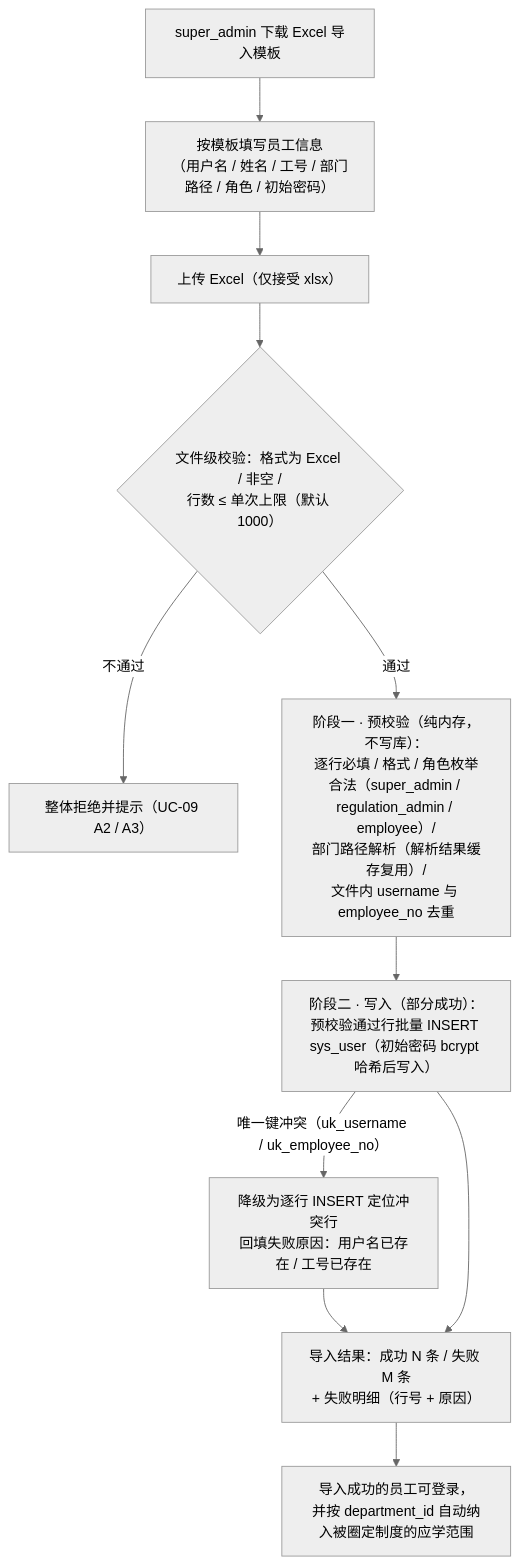
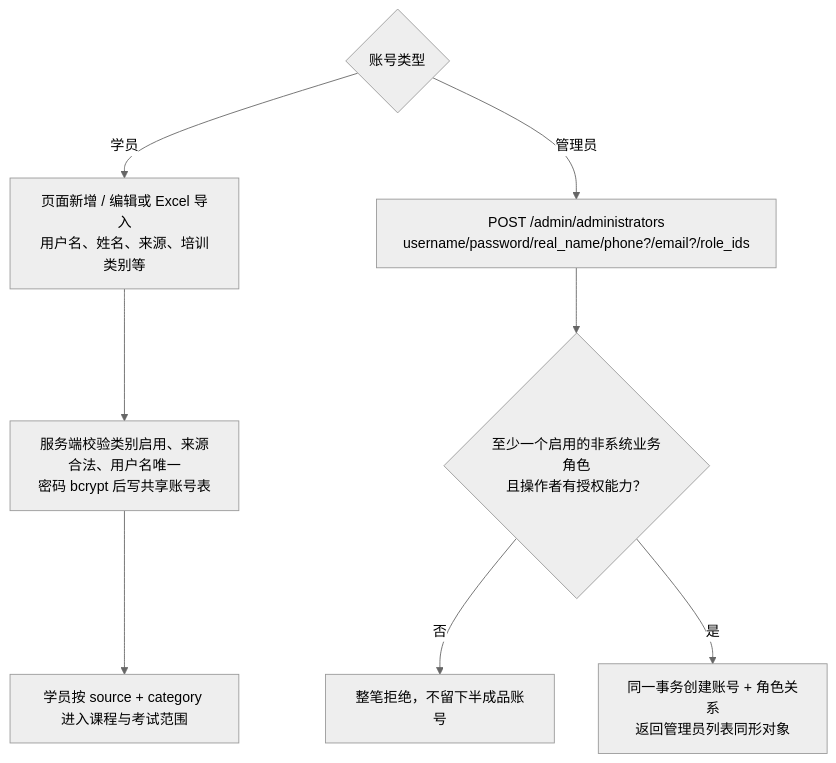
The second of 23 diagrams in docs/design/06-关键流程.md (caoguanjie/emodor-exam), drawn with Mermaid (neutral theme) before and after one commit. The commit also changed other lines of this file and 181 other files, not shown here.

````diff
--- a/docs/design/06-关键流程.md
+++ b/docs/design/06-关键流程.md
@@ -116,13 +135,11 @@
 ```mermaid
 flowchart TB
-    DL["super_admin 下载 Excel 导入模板"] --> FILL["按模板填写员工信息<br/>（用户名 / 姓名 / 工号 / 部门路径 / 角色 / 初始密码）"]
-    FILL --> UP["上传 Excel（仅接受 xlsx）"]
-    UP --> V0{"文件级校验：格式为 Excel / 非空 /<br/>行数 ≤ 单次上限（默认 1000）"}
-    V0 -->|"不通过"| REJ["整体拒绝并提示（UC-09 A2 / A3）"]
-    V0 -->|"通过"| P1["阶段一 · 预校验（纯内存，不写库）：<br/>逐行必填 / 格式 / 角色枚举合法（super_admin / regulation_admin / employee）/<br/>部门路径解析（解析结果缓存复用）/<br/>文件内 username 与 employee_no 去重"]
-    P1 --> P2["阶段二 · 写入（部分成功）：<br/>预校验通过行批量 INSERT sys_user（初始密码 bcrypt 哈希后写入）"]
-    P2 -->|"唯一键冲突（uk_username / uk_employee_no）"| P3["降级为逐行 INSERT 定位冲突行<br/>回填失败原因：用户名已存在 / 工号已存在"]
-    P3 --> R["导入结果：成功 N 条 / 失败 M 条<br/>+ 失败明细（行号 + 原因）"]
-    P2 --> R
-    R --> OK["导入成功的员工可登录，<br/>并按 department_id 自动纳入被圈定制度的应学范围"]
+    A{"账号类型"}
+    A -->|"学员"| S1["页面新增 / 编辑或 Excel 导入<br/>用户名、姓名、来源、培训类别等"]
+    S1 --> S2["服务端校验类别启用、来源合法、用户名唯一<br/>密码 bcrypt 后写共享账号表"]
+    S2 --> S3["学员按 source + category 进入课程与考试范围"]
+    A -->|"管理员"| M1["POST /admin/administrators<br/>username/password/real_name/phone?/email?/role_ids"]
+    M1 --> M2{"至少一个启用的非系统业务角色<br/>且操作者有授权能力？"}
+    M2 -->|"否"| M3["整笔拒绝，不留下半成品账号"]
+    M2 -->|"是"| M4["同一事务创建账号 + 角色关系<br/>返回管理员列表同形对象"]
 ```
````
